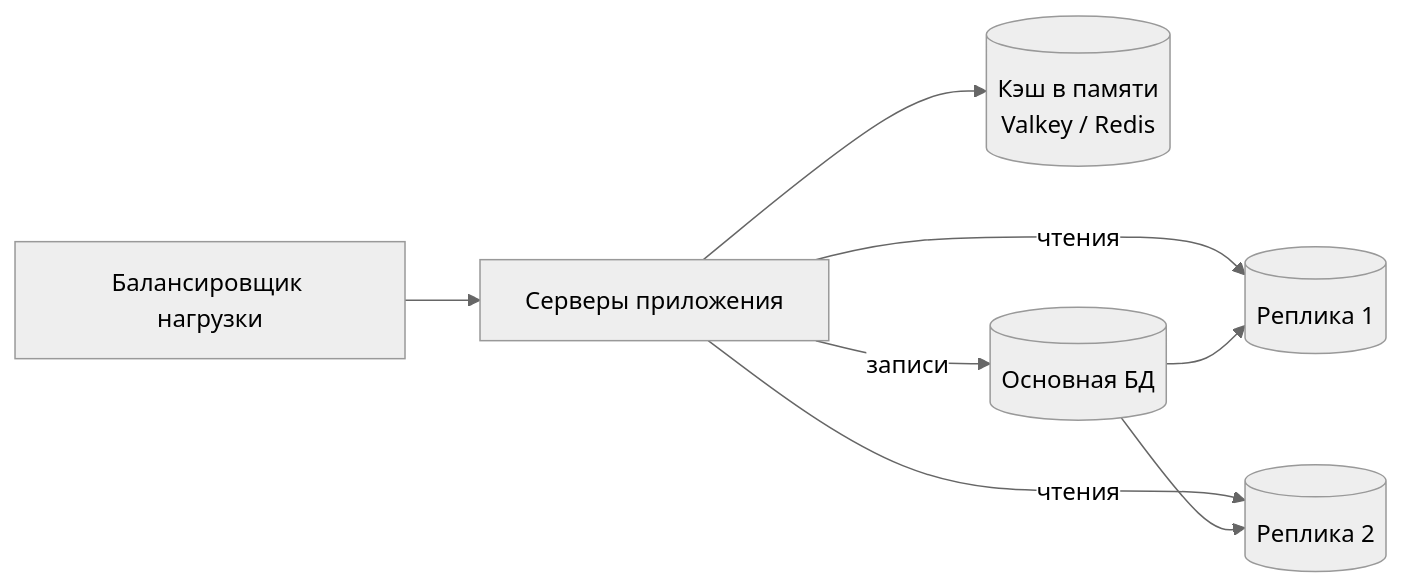
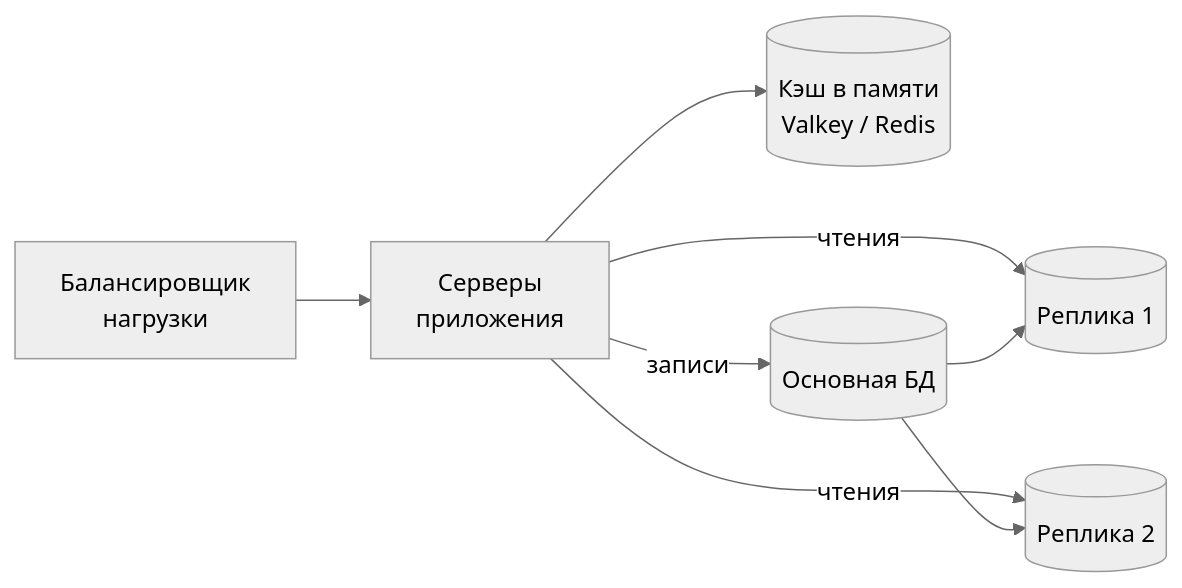
One commit to butyavk/system-design changed the fifth of 9 diagrams in src/content/docs/ru/practice/scaling-to-millions.mdx. Above: the diagram before and after it, drawn with Mermaid (neutral theme). The commit also changed other lines of this file and 144 other files, not shown here.

````diff
--- a/src/content/docs/ru/practice/scaling-to-millions.mdx
+++ b/src/content/docs/ru/practice/scaling-to-millions.mdx
@@ -210,9 +210,9 @@
 ```mermaid
 flowchart LR
-  lb["Балансировщик нагрузки"] --> app["Серверы приложения"]
+  lb["Балансировщик<br/>нагрузки"] --> app["Серверы<br/>приложения"]
   app --> cache[("Кэш в памяти<br/>Valkey / Redis")]
   app -->|"записи"| primary[("Основная БД")]
   app -->|"чтения"| replica1[("Реплика 1")]
   app -->|"чтения"| replica2[("Реплика 2")]
   primary --> replica1 & replica2
 ```
````
